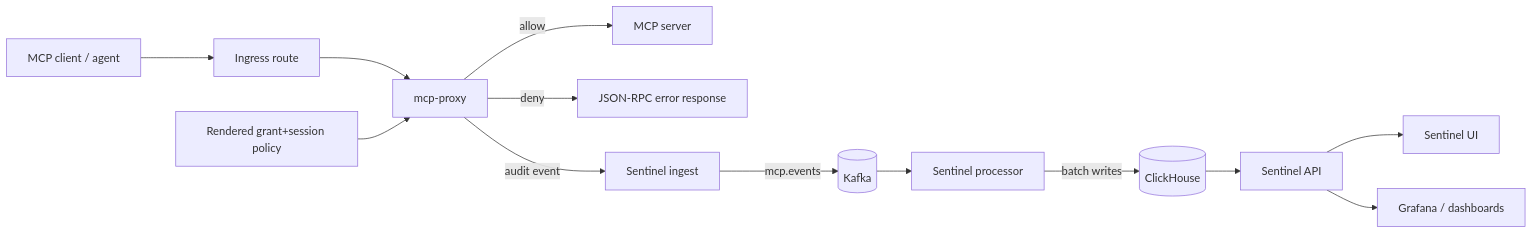
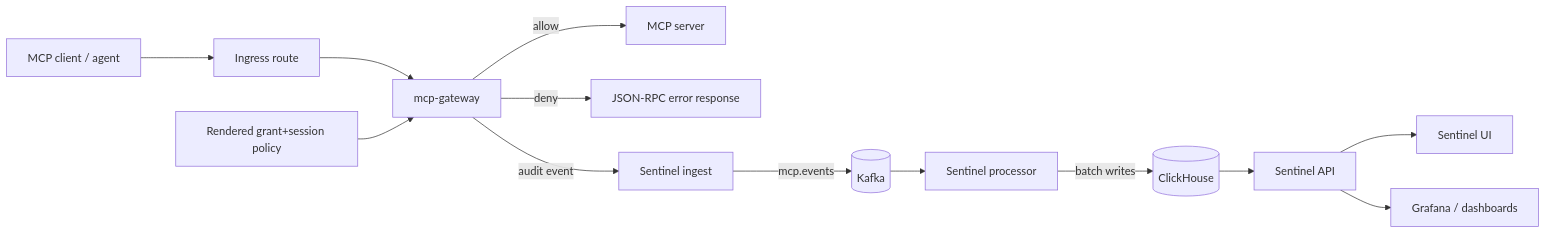
One commit to Agent-Hellboy/mcp-runtime changed the fifth of 5 diagrams in docs/architecture.md. Above: the diagram before and after it, drawn with Mermaid. The commit also changed other lines of this file and 43 other files, not shown here.

````diff
--- a/docs/architecture.md
+++ b/docs/architecture.md
@@ -158,15 +158,15 @@
 ```mermaid
 flowchart LR
     Client[MCP client / agent] --> Ingress[Ingress route]
-    Ingress --> Proxy[mcp-proxy]
-    Policy[Rendered grant+session policy] --> Proxy
-    Proxy -->|allow| Server[MCP server]
-    Proxy -->|deny| Deny[JSON-RPC error response]
-    Proxy -->|audit event| Ingest[Sentinel ingest]
+    Ingress --> Gateway[mcp-gateway]
+    Policy[Rendered grant+session policy] --> Gateway
+    Gateway -->|allow| Server[MCP server]
+    Gateway -->|deny| Deny[JSON-RPC error response]
+    Gateway -->|audit event| Ingest[Sentinel ingest]
     Ingest -->|mcp.events| Kafka[(Kafka)]
     Kafka --> Processor[Sentinel processor]
     Processor -->|batch writes| ClickHouse[(ClickHouse)]
     ClickHouse --> API[Sentinel API]
     API --> UI[Sentinel UI]
     API --> Grafana[Grafana / dashboards]
 ```
````
